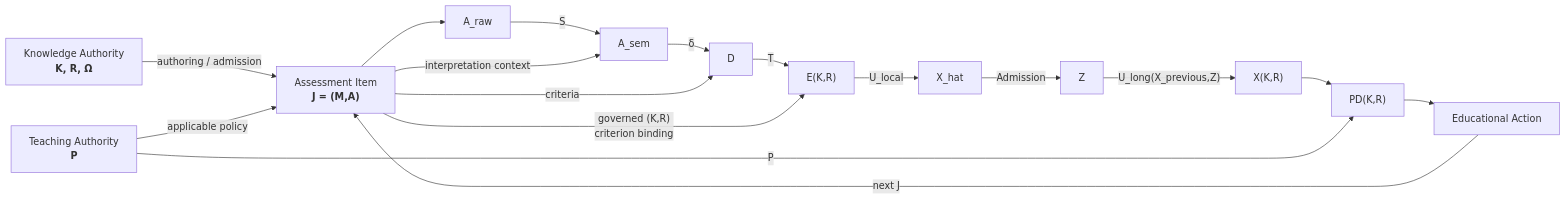
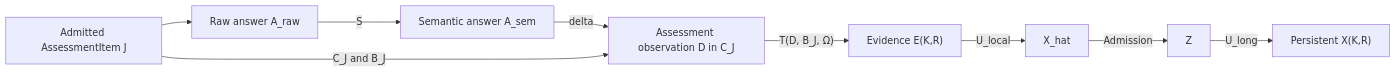
Before and after one commit to thatao72/three-twin-docs: the sixth of 7 diagrams in content/architecture.md, drawn with Mermaid. The commit also changed other lines of this file, not shown here.

Commit message:
Align architecture docs with current Q EA JT and assessment model

````diff
--- a/content/architecture.md
+++ b/content/architecture.md
@@ -261,42 +392,20 @@
 ```mermaid
 flowchart LR
-
-    K["Knowledge Authority<br/><b>K, R, Ω</b>"]
-    P["Teaching Authority<br/><b>P</b>"]
-
-    J["Assessment Item<br/><b>J = (M,A)</b>"]
-
-    AR["A_raw"]
-    AS["A_sem"]
-    D["D"]
-    E["E(K,R)"]
+    J["Admitted AssessmentItem J"]
+    AR["Raw answer A_raw"]
+    AS["Semantic answer A_sem"]
+    D["Assessment observation D in C_J"]
+    E["Evidence E(K,R)"]
     XH["X_hat"]
     Z["Z"]
-    X["X(K,R)"]
-    PD["PD(K,R)"]
-    EA["Educational Action"]
-
-    K -->|"authoring / admission"| J
-    P -->|"applicable policy"| J
+    X["Persistent X(K,R)"]
 
     J --> AR
-
     AR -->|"S"| AS
-    J -->|"interpretation context"| AS
-
-    AS -->|"δ"| D
-    J -->|"criteria"| D
-
-    D -->|"T"| E
-    J -->|"governed (K,R)<br/>criterion binding"| E
-
+    AS -->|"delta"| D
+    J -->|"C_J and B_J"| D
+    D -->|"T(D, B_J, Ω)"| E
     E -->|"U_local"| XH
     XH -->|"Admission"| Z
-    Z -->|"U_long(X_previous,Z)"| X
-
-    X --> PD
-    P -->|"P"| PD
-
-    PD --> EA
-    EA -->|"next J"| J
+    Z -->|"U_long"| X
 ```
````
